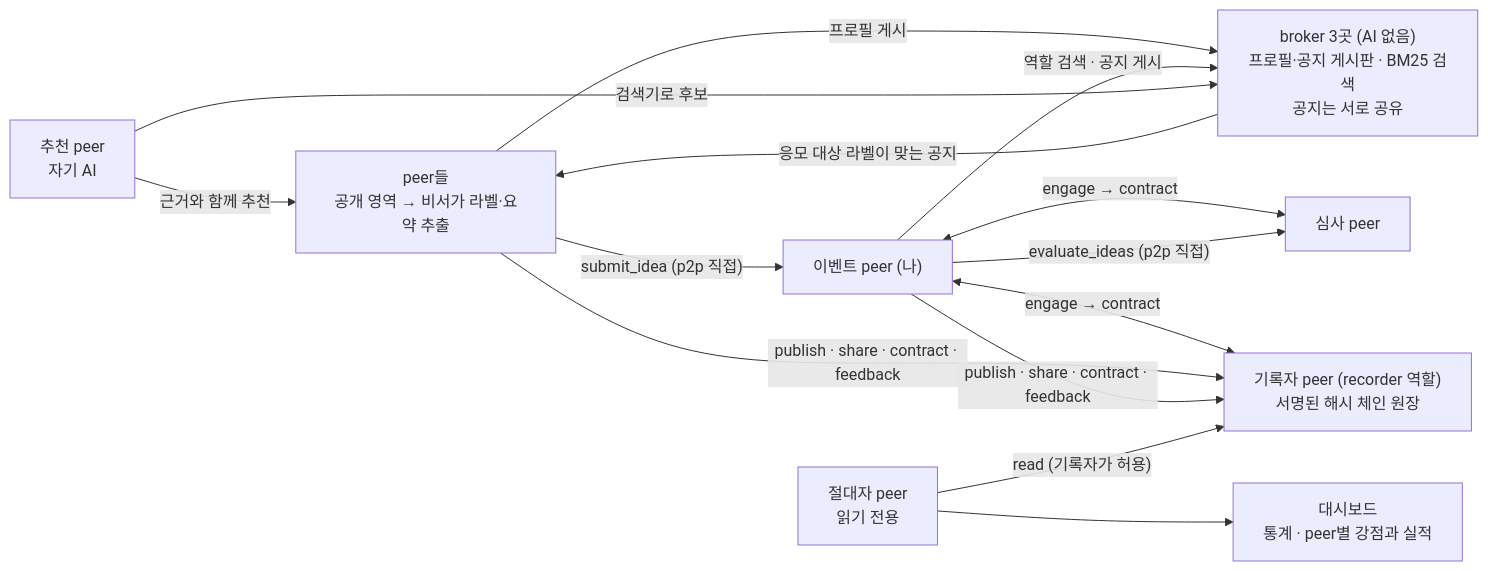
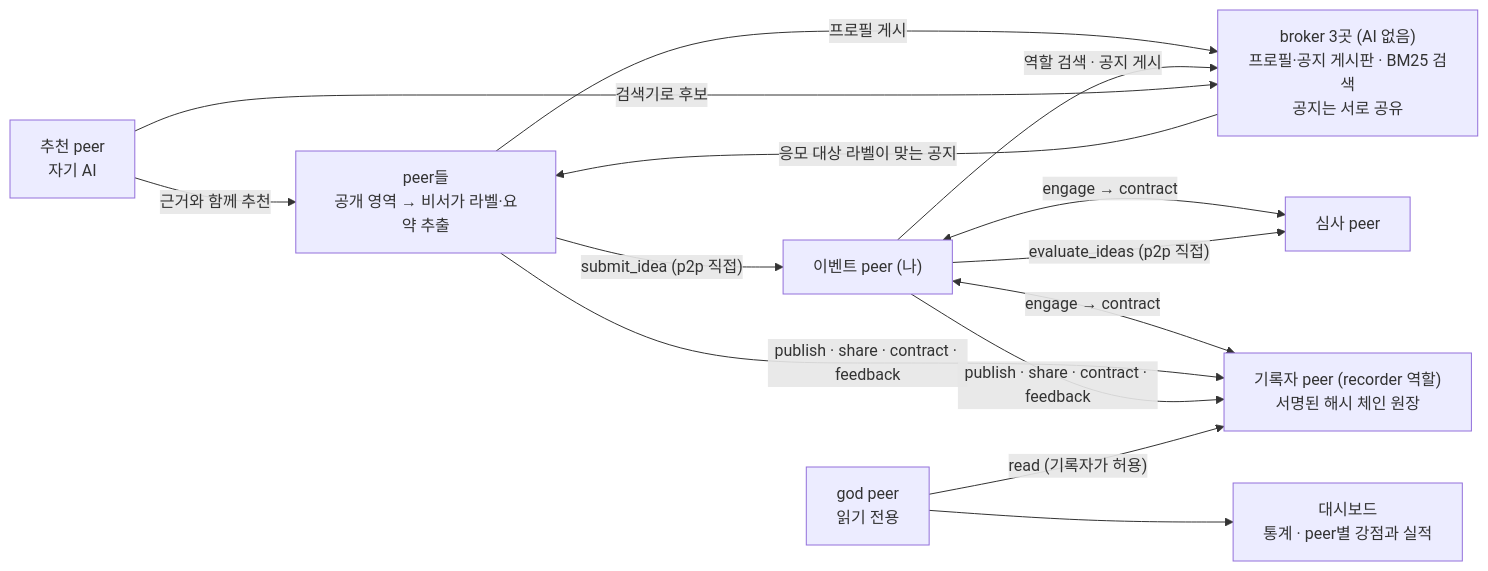
Before and after one commit to tanminkwan/share-ur-tokens: the diagram in README.md, drawn with Mermaid. The commit also changed other lines of this file and 49 other files, not shown here.

````diff
--- a/README.md
+++ b/README.md
@@ -18,15 +18,15 @@
 ```mermaid
 flowchart LR
     P["peer들<br/>공개 영역 → 비서가 라벨·요약 추출"] -- "프로필 게시" --> B["broker 3곳 (AI 없음)<br/>프로필·공지 게시판 · BM25 검색<br/>공지는 서로 공유"]
     E["이벤트 peer (나)"] -- "역할 검색 · 공지 게시" --> B
     B -- "응모 대상 라벨이 맞는 공지" --> P
     M["추천 peer<br/>자기 AI"] -- "검색기로 후보" --> B
     M -- "근거와 함께 추천" --> P
     E <-- "engage → contract" --> R["심사 peer"]
     P -- "submit_idea (p2p 직접)" --> E
     E -- "evaluate_ideas (p2p 직접)" --> R
     E <-- "engage → contract" --> L["기록자 peer (recorder 역할)<br/>서명된 해시 체인 원장"]
     P & E -- "publish · share · contract · feedback" --> L
-    O["절대자 peer<br/>읽기 전용"] -- "read (기록자가 허용)" --> L
+    O["god peer<br/>읽기 전용"] -- "read (기록자가 허용)" --> L
     O --> D["대시보드<br/>통계 · peer별 강점과 실적"]
 ```
````
